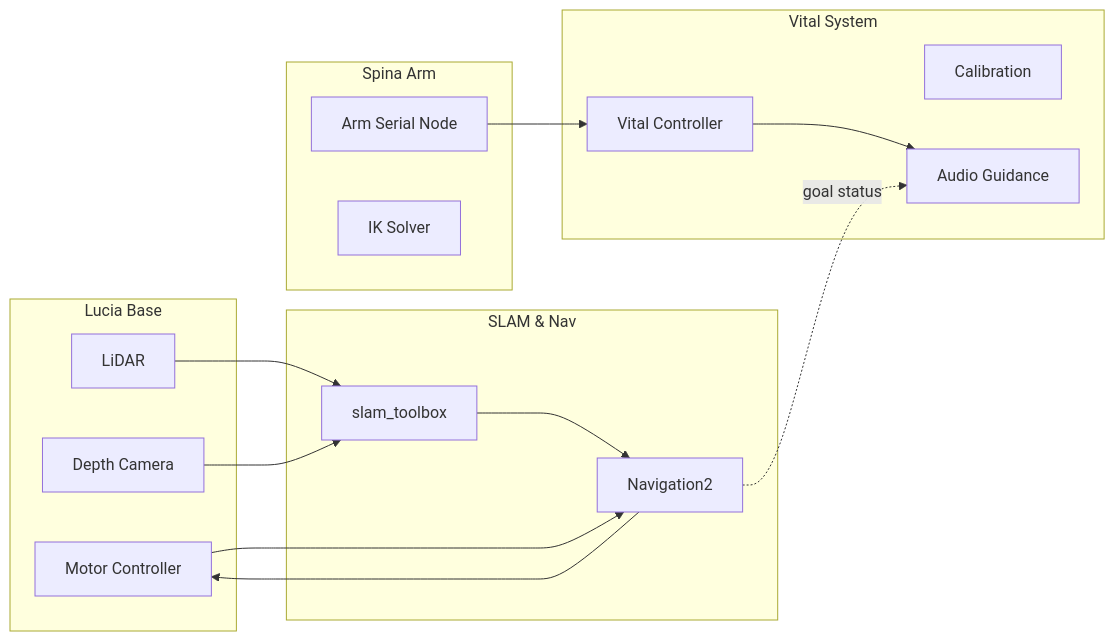
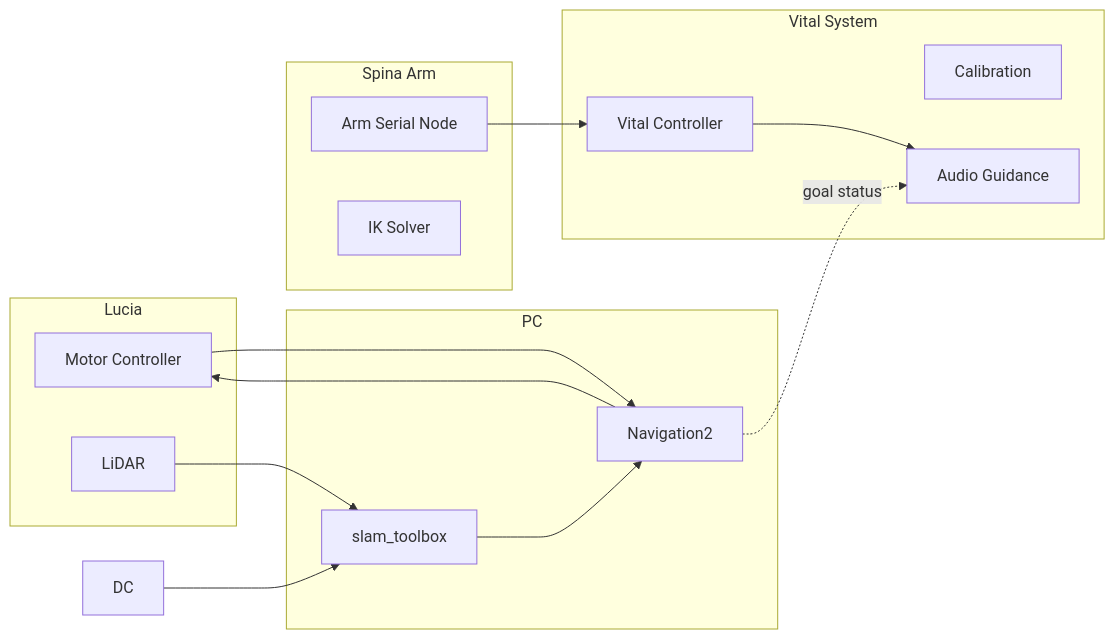
Before and after one commit to iHaruruki/lucia_spina: the diagram in README.md, drawn with Mermaid.

````diff
--- a/README.md
+++ b/README.md
@@ -19,28 +19,27 @@
 ```mermaid
 flowchart LR
-  subgraph Base[Lucia Base]
+  subgraph Base[Lucia]
     MC[Motor Controller]
     LD[LiDAR]
-    DC[Depth Camera]
   end
-  subgraph SLAM_NAV[SLAM & Nav]
+  subgraph PC[PC]
     SLAM[slam_toolbox]
     NAV[Navigation2]
   end
   subgraph ARM[Spina Arm]
     ARM_CTRL[Arm Serial Node]
     IK[IK Solver]
   end
   subgraph VITAL[Vital System]
     VM[Vital Controller]
     VC[Calibration]
     VA[Audio Guidance]
   end
   LD --> SLAM --> NAV
   DC --> SLAM
   MC --> NAV
   NAV --> MC
   VM --> VA
   NAV -.goal status.-> VA
   ARM_CTRL --> VM
 ```
````
